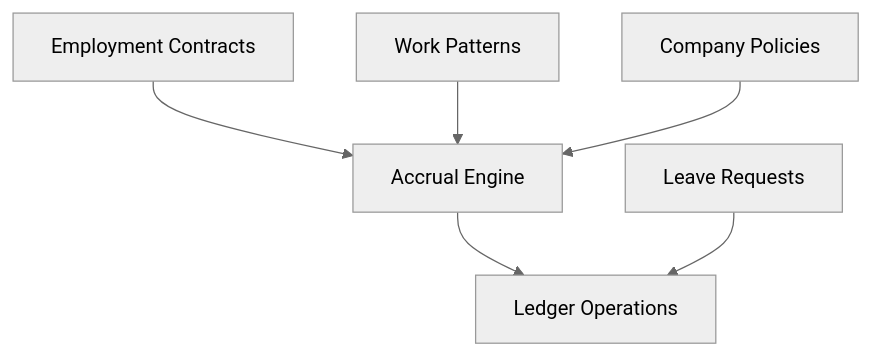
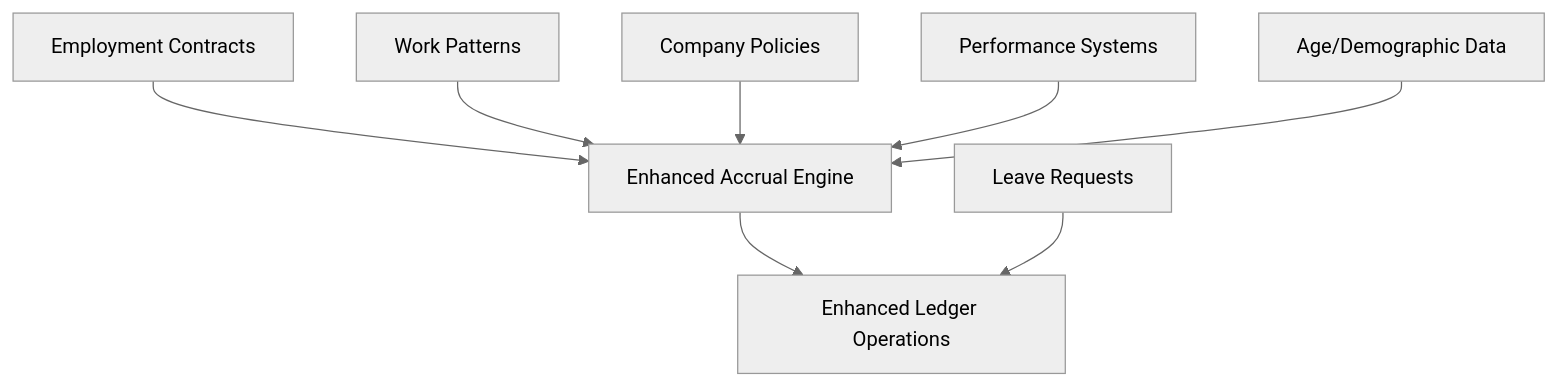
Before and after one commit to EdwinCycling/LiquidHR: the tenth of 10 diagrams in .qoder/repowiki/en/content/Advanced Features/Leave Management/Accrual Engine.md, drawn with Mermaid (neutral theme). The commit also changed other lines of this file and 120 other files, not shown here.

````diff
--- a/.qoder/repowiki/en/content/Advanced Features/Leave Management/Accrual Engine.md
+++ b/.qoder/repowiki/en/content/Advanced Features/Leave Management/Accrual Engine.md
@@ -377,14 +550,18 @@
 ```mermaid
 graph TB
 Employment["Employment Contracts"]
 WorkPatterns["Work Patterns"]
 Policies["Company Policies"]
-AccrualEngine["Accrual Engine"]
-Ledger["Ledger Operations"]
+Performance["Performance Systems"]
+Demographics["Age/Demographic Data"]
+EnhancedAccrualEngine["Enhanced Accrual Engine"]
+Ledger["Enhanced Ledger Operations"]
 Requests["Leave Requests"]
-Employment --> AccrualEngine
-WorkPatterns --> AccrualEngine
-Policies --> AccrualEngine
-AccrualEngine --> Ledger
+Employment --> EnhancedAccrualEngine
+WorkPatterns --> EnhancedAccrualEngine
+Policies --> EnhancedAccrualEngine
+Performance --> EnhancedAccrualEngine
+Demographics --> EnhancedAccrualEngine
+EnhancedAccrualEngine --> Ledger
 Requests --> Ledger
 ```
````
